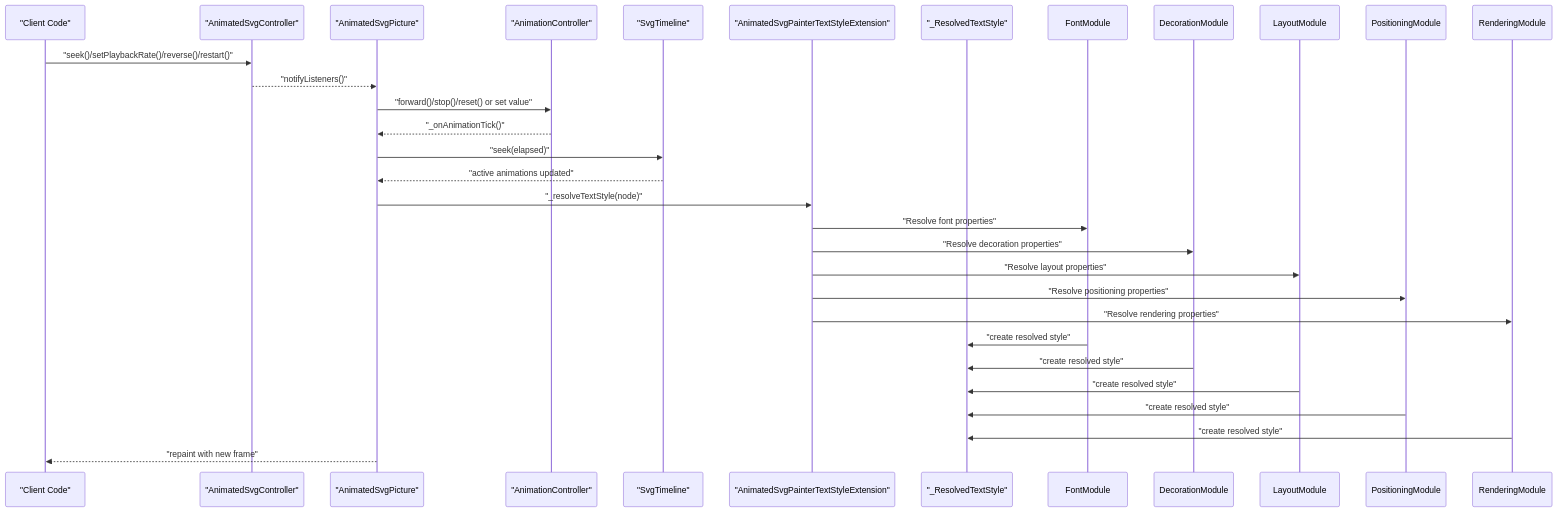
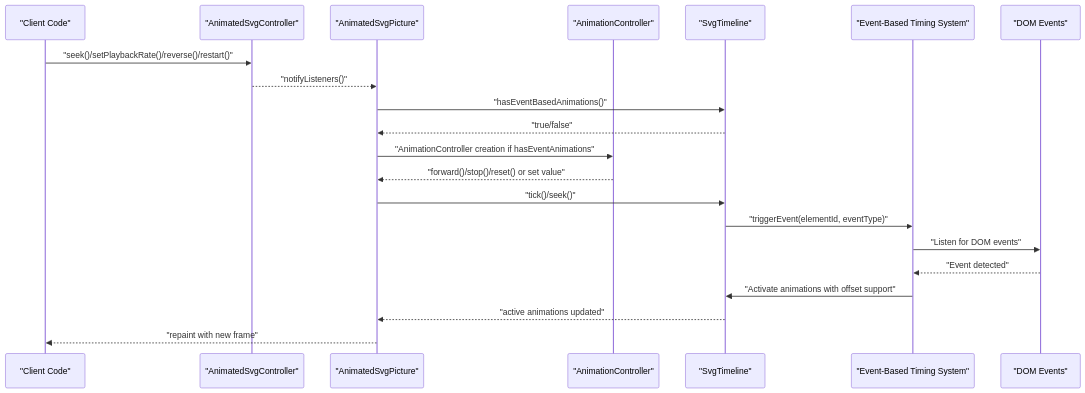
One commit to denisnadey/flutter_full_svg_support changed the second of 4 diagrams in .qoder/repowiki/en/content/API Reference/Animation APIs.md. Above: the diagram before and after it, drawn with Mermaid. The commit also changed other lines of this file and 2 other files, not shown here.

First line of the commit message:
feat(animation): enhance event-driven animation detection and controller lifecycle

````diff
--- a/.qoder/repowiki/en/content/API Reference/Animation APIs.md
+++ b/.qoder/repowiki/en/content/API Reference/Animation APIs.md
@@ -127,28 +140,23 @@
 ```mermaid
 sequenceDiagram
 participant Client as "Client Code"
 participant Controller as "AnimatedSvgController"
 participant Picture as "AnimatedSvgPicture"
 participant AC as "AnimationController"
 participant TL as "SvgTimeline"
-participant TextStyleExt as "AnimatedSvgPainterTextStyleExtension"
-participant ResolvedStyle as "_ResolvedTextStyle"
+participant EventSys as "Event-Based Timing System"
+participant DOM as "DOM Events"
 Client->>Controller : "seek()/setPlaybackRate()/reverse()/restart()"
 Controller-->>Picture : "notifyListeners()"
-Picture->>AC : "forward()/stop()/reset() or set value"
-AC-->>Picture : "_onAnimationTick()"
-Picture->>TL : "seek(elapsed)"
+Picture->>TL : "hasEventBasedAnimations()"
+TL-->>Picture : "true/false"
+Picture->>AC : "AnimationController creation if hasEventAnimations"
+AC-->>Picture : "forward()/stop()/reset() or set value"
+Picture->>TL : "tick()/seek()"
+TL->>EventSys : "triggerEvent(elementId, eventType)"
+EventSys->>DOM : "Listen for DOM events"
+DOM-->>EventSys : "Event detected"
+EventSys->>TL : "Activate animations with offset support"
 TL-->>Picture : "active animations updated"
-Picture->>TextStyleExt : "_resolveTextStyle(node)"
-TextStyleExt->>FontModule : "Resolve font properties"
-TextStyleExt->>DecorationModule : "Resolve decoration properties"
-TextStyleExt->>LayoutModule : "Resolve layout properties"
-TextStyleExt->>PositioningModule : "Resolve positioning properties"
-TextStyleExt->>RenderingModule : "Resolve rendering properties"
-FontModule->>ResolvedStyle : "create resolved style"
-DecorationModule->>ResolvedStyle : "create resolved style"
-LayoutModule->>ResolvedStyle : "create resolved style"
-PositioningModule->>ResolvedStyle : "create resolved style"
-RenderingModule->>ResolvedStyle : "create resolved style"
 Picture-->>Client : "repaint with new frame"
 ```
````
